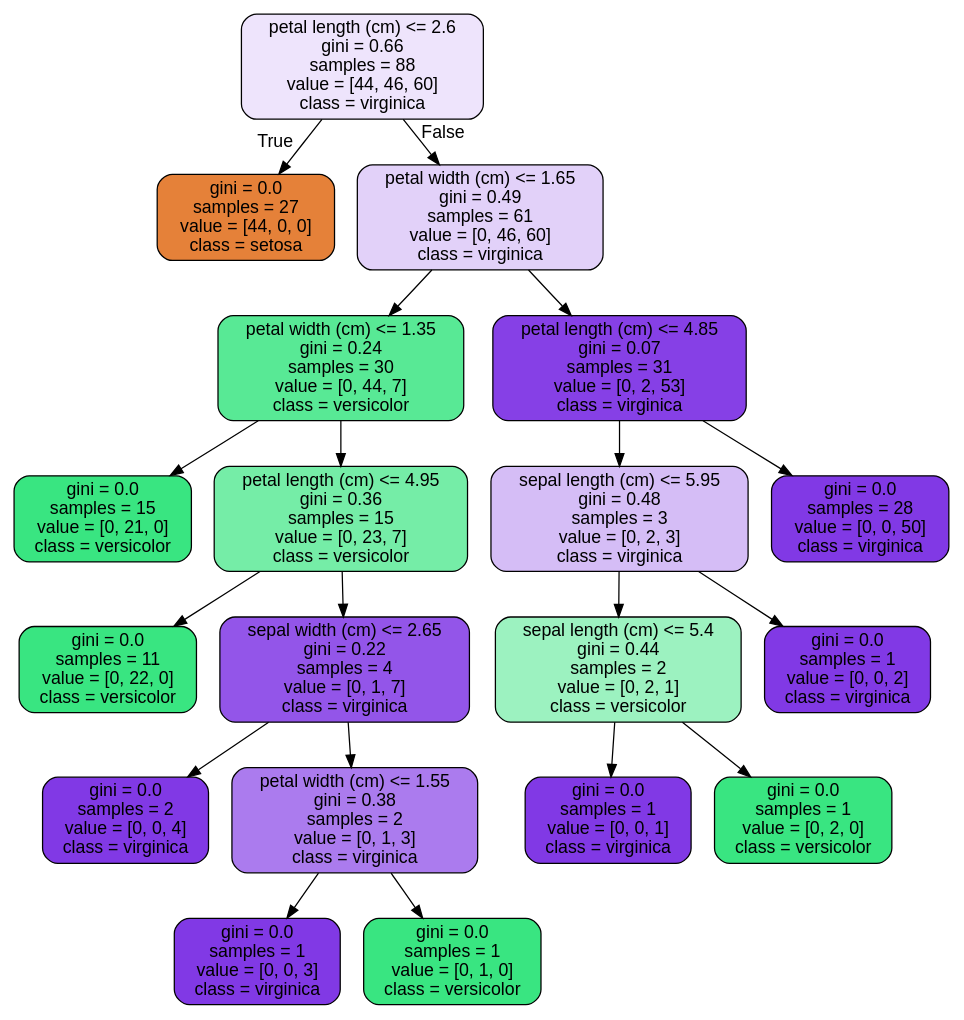
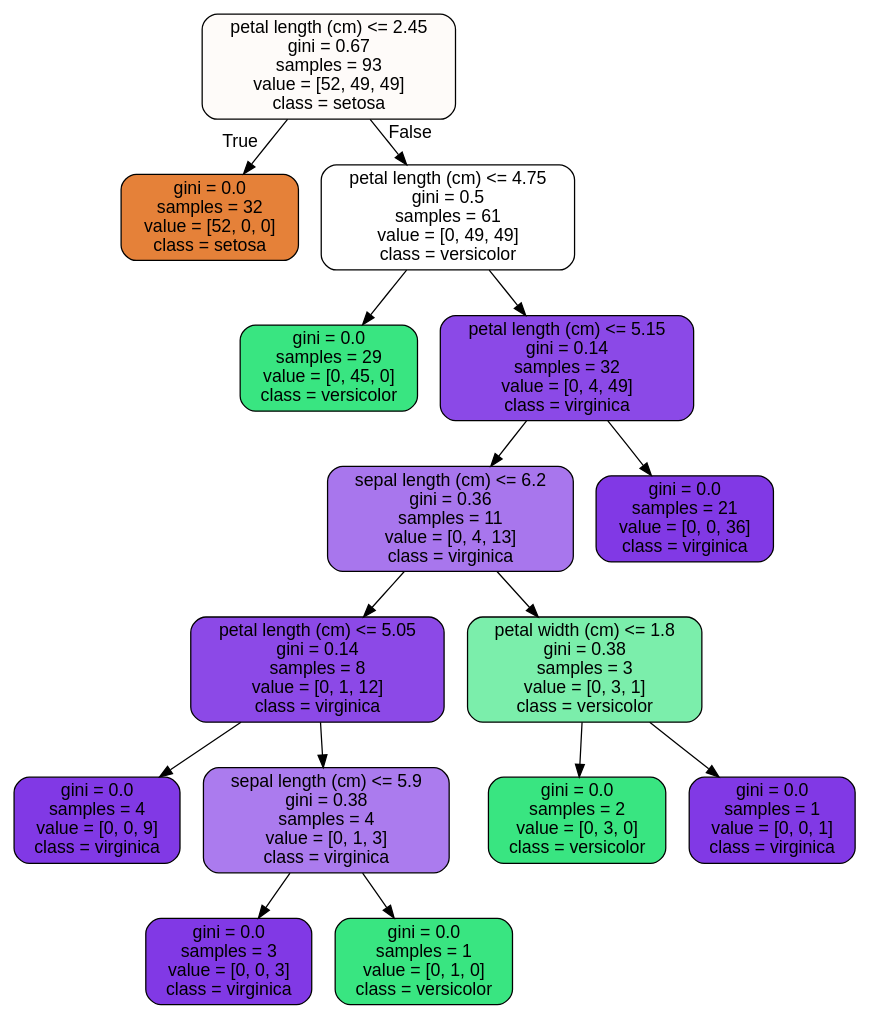
The diagram in RandomForest Covid Case Study/tree.dot (vanslykeaudio/SpringBoardDataScience), drawn with Graphviz before and after one commit. The commit also changed 2 other files, not shown here.

```diff
--- a/RandomForest Covid Case Study/tree.dot
+++ b/RandomForest Covid Case Study/tree.dot
@@ -1,41 +1,33 @@
 digraph Tree {
 node [shape=box, style="filled, rounded", color="black", fontname="helvetica"] ;
 edge [fontname="helvetica"] ;
-0 [label="petal length (cm) <= 2.6\ngini = 0.66\nsamples = 88\nvalue = [44, 46, 60]\nclass = virginica", fillcolor="#eee4fc"] ;
-1 [label="gini = 0.0\nsamples = 27\nvalue = [44, 0, 0]\nclass = setosa", fillcolor="#e58139"] ;
+0 [label="petal length (cm) <= 2.45\ngini = 0.67\nsamples = 93\nvalue = [52, 49, 49]\nclass = setosa", fillcolor="#fefbf9"] ;
+1 [label="gini = 0.0\nsamples = 32\nvalue = [52, 0, 0]\nclass = setosa", fillcolor="#e58139"] ;
 0 -> 1 [labeldistance=2.5, labelangle=45, headlabel="True"] ;
-2 [label="petal width (cm) <= 1.65\ngini = 0.49\nsamples = 61\nvalue = [0, 46, 60]\nclass = virginica", fillcolor="#e2d1f9"] ;
+2 [label="petal length (cm) <= 4.75\ngini = 0.5\nsamples = 61\nvalue = [0, 49, 49]\nclass = versicolor", fillcolor="#ffffff"] ;
 0 -> 2 [labeldistance=2.5, labelangle=-45, headlabel="False"] ;
-3 [label="petal width (cm) <= 1.35\ngini = 0.24\nsamples = 30\nvalue = [0, 44, 7]\nclass = versicolor", fillcolor="#58e995"] ;
+3 [label="gini = 0.0\nsamples = 29\nvalue = [0, 45, 0]\nclass = versicolor", fillcolor="#39e581"] ;
 2 -> 3 ;
-4 [label="gini = 0.0\nsamples = 15\nvalue = [0, 21, 0]\nclass = versicolor", fillcolor="#39e581"] ;
-3 -> 4 ;
-5 [label="petal length (cm) <= 4.95\ngini = 0.36\nsamples = 15\nvalue = [0, 23, 7]\nclass = versicolor", fillcolor="#75eda7"] ;
-3 -> 5 ;
-6 [label="gini = 0.0\nsamples = 11\nvalue = [0, 22, 0]\nclass = versicolor", fillcolor="#39e581"] ;
+4 [label="petal length (cm) <= 5.15\ngini = 0.14\nsamples = 32\nvalue = [0, 4, 49]\nclass = virginica", fillcolor="#8b49e7"] ;
+2 -> 4 ;
+5 [label="sepal length (cm) <= 6.2\ngini = 0.36\nsamples = 11\nvalue = [0, 4, 13]\nclass = virginica", fillcolor="#a876ed"] ;
+4 -> 5 ;
+6 [label="petal length (cm) <= 5.05\ngini = 0.14\nsamples = 8\nvalue = [0, 1, 12]\nclass = virginica", fillcolor="#8c49e7"] ;
 5 -> 6 ;
-7 [label="sepal width (cm) <= 2.65\ngini = 0.22\nsamples = 4\nvalue = [0, 1, 7]\nclass = virginica", fillcolor="#9355e9"] ;
-5 -> 7 ;
-8 [label="gini = 0.0\nsamples = 2\nvalue = [0, 0, 4]\nclass = virginica", fillcolor="#8139e5"] ;
-7 -> 8 ;
-9 [label="petal width (cm) <= 1.55\ngini = 0.38\nsamples = 2\nvalue = [0, 1, 3]\nclass = virginica", fillcolor="#ab7bee"] ;
-7 -> 9 ;
-10 [label="gini = 0.0\nsamples = 1\nvalue = [0, 0, 3]\nclass = virginica", fillcolor="#8139e5"] ;
-9 -> 10 ;
-11 [label="gini = 0.0\nsamples = 1\nvalue = [0, 1, 0]\nclass = versicolor", fillcolor="#39e581"] ;
-9 -> 11 ;
-12 [label="petal length (cm) <= 4.85\ngini = 0.07\nsamples = 31\nvalue = [0, 2, 53]\nclass = virginica", fillcolor="#8640e6"] ;
-2 -> 12 ;
-13 [label="sepal length (cm) <= 5.95\ngini = 0.48\nsamples = 3\nvalue = [0, 2, 3]\nclass = virginica", fillcolor="#d5bdf6"] ;
-12 -> 13 ;
-14 [label="sepal length (cm) <= 5.4\ngini = 0.44\nsamples = 2\nvalue = [0, 2, 1]\nclass = versicolor", fillcolor="#9cf2c0"] ;
-13 -> 14 ;
-15 [label="gini = 0.0\nsamples = 1\nvalue = [0, 0, 1]\nclass = virginica", fillcolor="#8139e5"] ;
-14 -> 15 ;
-16 [label="gini = 0.0\nsamples = 1\nvalue = [0, 2, 0]\nclass = versicolor", fillcolor="#39e581"] ;
-14 -> 16 ;
-17 [label="gini = 0.0\nsamples = 1\nvalue = [0, 0, 2]\nclass = virginica", fillcolor="#8139e5"] ;
-13 -> 17 ;
-18 [label="gini = 0.0\nsamples = 28\nvalue = [0, 0, 50]\nclass = virginica", fillcolor="#8139e5"] ;
-12 -> 18 ;
+7 [label="gini = 0.0\nsamples = 4\nvalue = [0, 0, 9]\nclass = virginica", fillcolor="#8139e5"] ;
+6 -> 7 ;
+8 [label="sepal length (cm) <= 5.9\ngini = 0.38\nsamples = 4\nvalue = [0, 1, 3]\nclass = virginica", fillcolor="#ab7bee"] ;
+6 -> 8 ;
+9 [label="gini = 0.0\nsamples = 3\nvalue = [0, 0, 3]\nclass = virginica", fillcolor="#8139e5"] ;
+8 -> 9 ;
+10 [label="gini = 0.0\nsamples = 1\nvalue = [0, 1, 0]\nclass = versicolor", fillcolor="#39e581"] ;
+8 -> 10 ;
+11 [label="petal width (cm) <= 1.8\ngini = 0.38\nsamples = 3\nvalue = [0, 3, 1]\nclass = versicolor", fillcolor="#7beeab"] ;
+5 -> 11 ;
+12 [label="gini = 0.0\nsamples = 2\nvalue = [0, 3, 0]\nclass = versicolor", fillcolor="#39e581"] ;
+11 -> 12 ;
+13 [label="gini = 0.0\nsamples = 1\nvalue = [0, 0, 1]\nclass = virginica", fillcolor="#8139e5"] ;
+11 -> 13 ;
+14 [label="gini = 0.0\nsamples = 21\nvalue = [0, 0, 36]\nclass = virginica", fillcolor="#8139e5"] ;
+4 -> 14 ;
 }
```
